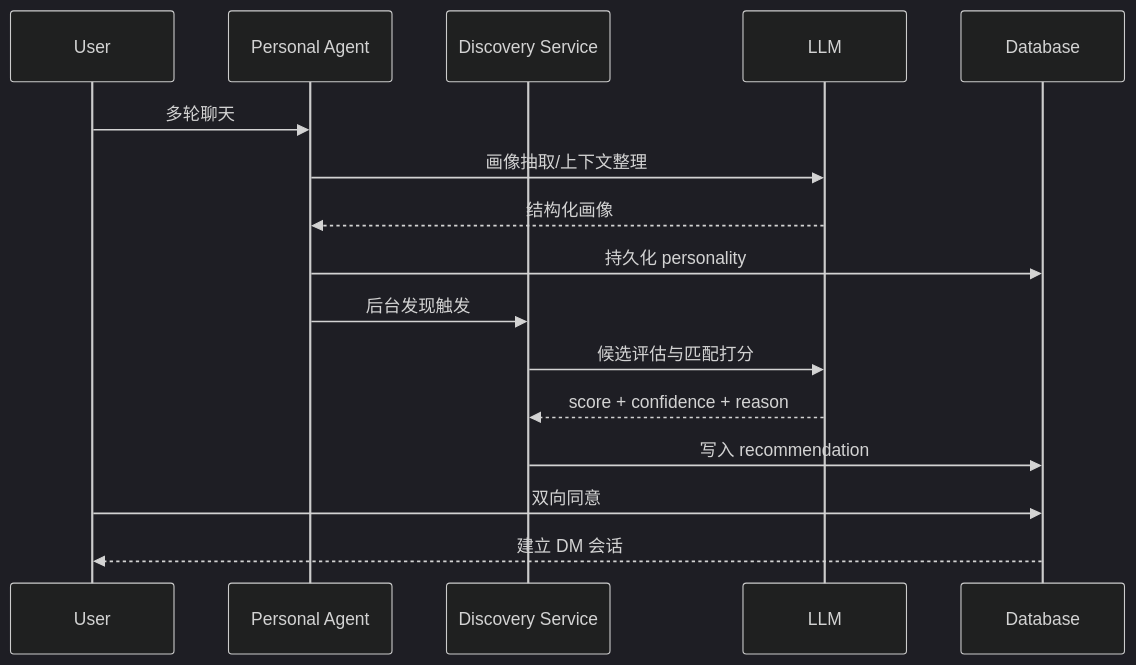
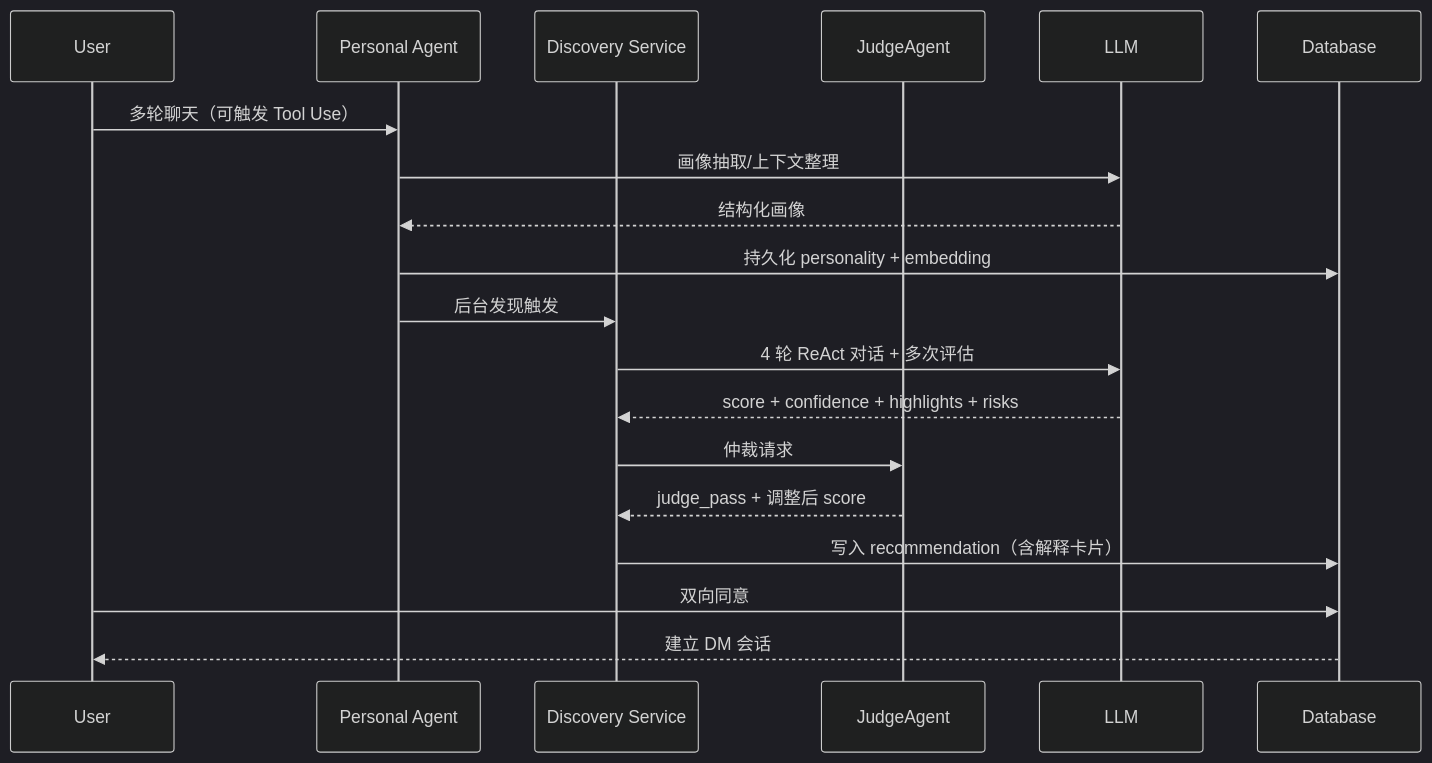
One commit to zzyss-marker/agent-social-match changed the second of 2 diagrams in README.md. Above: the diagram before and after it, drawn with Mermaid (dark theme). The commit also changed other lines of this file and 2 other files, not shown here.

Commit message:
docs: 新增答辩要点速查和 Agent 架构文档，精简 README 中过度的离线评估章节

````diff
--- a/README.md
+++ b/README.md
@@ -264,19 +178,22 @@
 ```mermaid
 sequenceDiagram
   participant U as User
   participant A as Personal Agent
   participant D as Discovery Service
+  participant J as JudgeAgent
   participant L as LLM
   participant DB as Database
 
-  U->>A: 多轮聊天
+  U->>A: 多轮聊天（可触发 Tool Use）
   A->>L: 画像抽取/上下文整理
   L-->>A: 结构化画像
-  A->>DB: 持久化 personality
+  A->>DB: 持久化 personality + embedding
   A->>D: 后台发现触发
-  D->>L: 候选评估与匹配打分
-  L-->>D: score + confidence + reason
-  D->>DB: 写入 recommendation
+  D->>L: 4 轮 ReAct 对话 + 多次评估
+  L-->>D: score + confidence + highlights + risks
+  D->>J: 仲裁请求
+  J-->>D: judge_pass + 调整后 score
+  D->>DB: 写入 recommendation（含解释卡片）
   U->>DB: 双向同意
   DB-->>U: 建立 DM 会话
 ```
````
